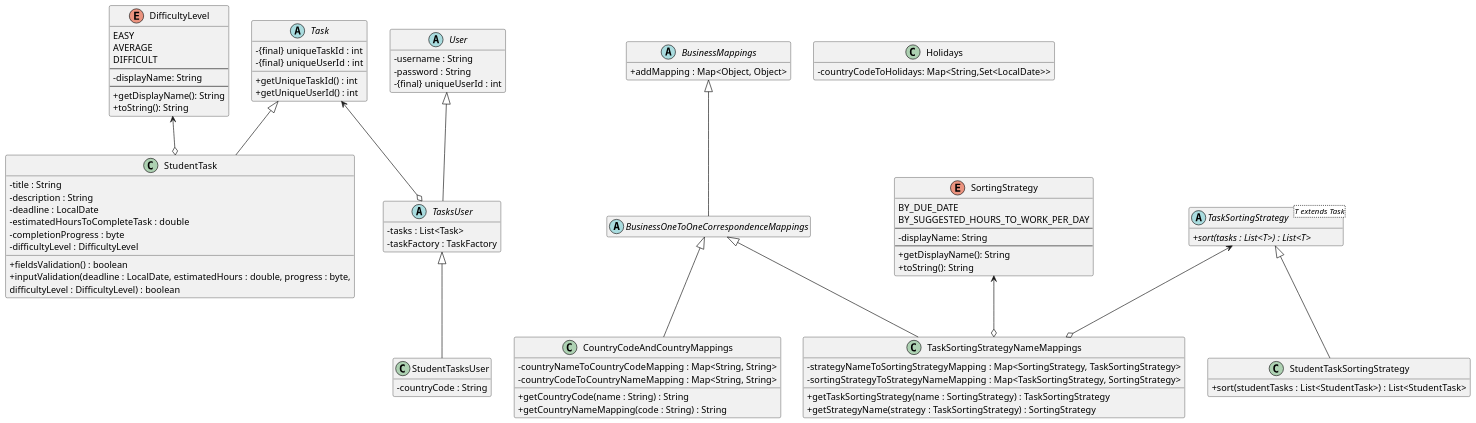
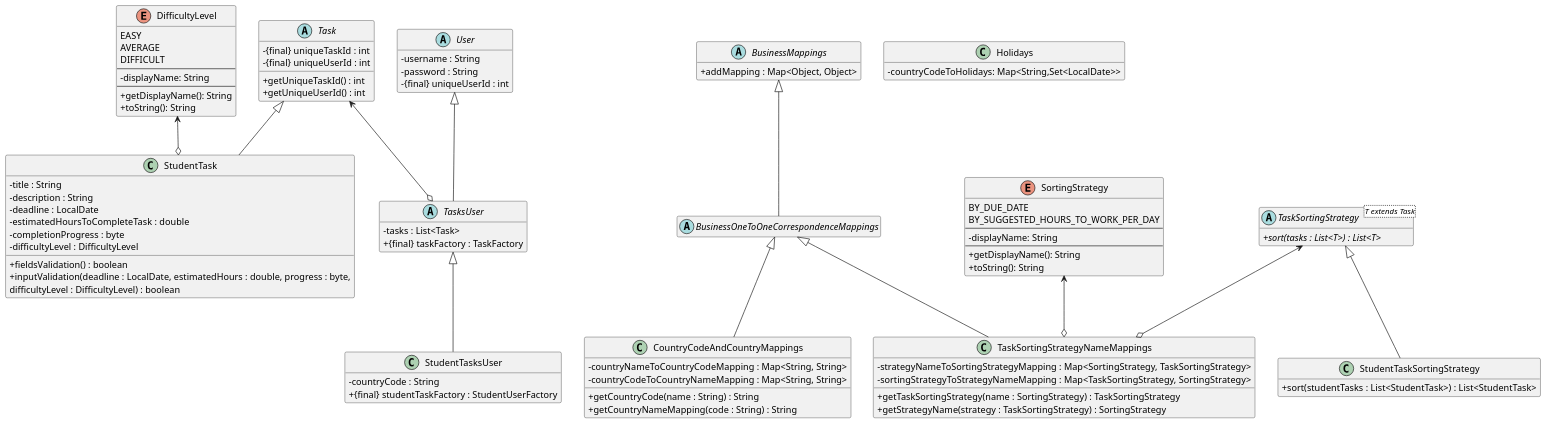
The first of 2 diagrams in Entities.puml (CSC207-2025F-UofT/team-project), drawn with PlantUML before and after one commit. The commit also changed other lines of this file, not shown here.

Commit message:
updated entity PlantUML diagram

```diff
--- a/Entities.puml
+++ b/Entities.puml
@@ -1,143 +1,144 @@
 @startuml
 'https://plantuml.com/class-diagram
 ' `..|>` represents Interface Realization/Implementation (dashed line with an open arrow).
 ' `--|>` represents Inheritance/Generalization (solid line with an open arrow).
 ' `o-->` represents Aggregation (a hollow diamond pointing to the owner/container). The "\*" indicates multiplicity (e.g., Drawing holds multiple Shape objects).
 skinparam dpi 120
 skinparam classAttributeIconSize 0
 hide empty members
 
 ' ========
 ' Foundational entities
 ' ========
 
 ' The enumeration here must be properly ordered
 enum DifficultyLevel {
   EASY
   AVERAGE
   DIFFICULT
   --
   -displayName: String
   --
   +getDisplayName(): String
   +toString(): String
 }
 
 enum SortingStrategy {
   BY_DUE_DATE
   BY_SUGGESTED_HOURS_TO_WORK_PER_DAY
   --
   -displayName: String
   --
   +getDisplayName(): String
   +toString(): String
 }
 
 abstract class BusinessMappings {
   + addMapping : Map<Object, Object>
 }
 
 ' Maps with keys and values being both one-to-one and onto
 abstract class BusinessOneToOneCorrespondenceMappings
 
 ' CA - Canada, US - USA, ET - Ethiopia, IN - India, FR - France, GH - Ghana
 class CountryCodeAndCountryMappings {
   - countryNameToCountryCodeMapping : Map<String, String>
   - countryCodeToCountryNameMapping : Map<String, String>
   + getCountryCode(name : String) : String
   + getCountryNameMapping(code : String) : String
 }
 
 class TaskSortingStrategyNameMappings {
  - strategyNameToSortingStrategyMapping : Map<SortingStrategy, TaskSortingStrategy>
  - sortingStrategyToStrategyNameMapping : Map<TaskSortingStrategy, SortingStrategy>
  + getTaskSortingStrategy(name : SortingStrategy) : TaskSortingStrategy
  + getStrategyName(strategy : TaskSortingStrategy) : SortingStrategy
 }
 
 ' The uniqueId is only unique per user
 ' The uniqueUserId reflects the user that owns the task
 abstract class Task {
   - {final} uniqueTaskId : int
   - {final} uniqueUserId : int
   + getUniqueTaskId() : int
   + getUniqueUserId() : int
 }
 
 ' The `fieldsValidation()` method checks the following in the fields of the StudentTask object:
 ' - The estimated number of hours needed to complete the task must be positive
 ' - The completion progress must be an integer between 0 and 100. Both 0 and 100 are allowed.
 ' - The `deadline` field cannot be empty, and it could be a date that has already passed.
 ' - The `uniqueUserId` field cannot be 0 (the default initializing value)
 ' - Neither the title nor the description can be null, although they can be empty string.
 ' - The difficulty level cannot be null
 ' The constructor of `StudentTask` should use the method `fieldsValidation()` to double-check the validity of the
 '     object created, and throw an error if the item is not valid.
 ' The setter of `StudentTask` should use the method `fieldsValidation()` to double-check the validity of the object
 '     before and after the fields are changed, and throw an error if the item is not valid.
 ' The `inputValidation()` method checks the following inputs, which may or may not be fields of the StudentTask object.
 '     This method would be used in the setter methods of the following fields, before the changes, to prevent illegal
 '     inputs from modifying these fields of the `StudentTask` object. In addition, this method can be used in the use
 '     cases to prevent user entering bad data, corrupting the `StudentTask`.
 ' - The `deadline`
 ' - The `estimated number of hours`
 ' - The `completion progress`
 ' - The `difficultyLevel`
 class StudentTask {
   - title : String
   - description : String
   - deadline : LocalDate
   - estimatedHoursToCompleteTask : double
   - completionProgress : byte
   - difficultyLevel : DifficultyLevel
   + fieldsValidation() : boolean
   + inputValidation(deadline : LocalDate, estimatedHours : double, progress : byte,
       difficultyLevel : DifficultyLevel) : boolean
 }
 
 abstract class User {
   - username : String
   - password : String
   - {final} uniqueUserId : int
 }
 
 abstract class TasksUser {
   - tasks : List<Task>
-  - taskFactory : TaskFactory
+  + {final} taskFactory : TaskFactory
 }
 
 class StudentTasksUser {
   - countryCode : String
+  + {final} studentTaskFactory : StudentUserFactory
 }
 
 abstract class TaskSortingStrategy<T extends Task> {
   + {abstract} sort(tasks : List<T>) : List<T>
 }
 
 class StudentTaskSortingStrategy {
   + sort(studentTasks : List<StudentTask>) : List<StudentTask>
 }
 
 ' Country code is in ISO 3166-1 alpha-2 code
 class Holidays {
   - countryCodeToHolidays: Map<String,Set<LocalDate>>
 }
 
 BusinessMappings <|-- BusinessOneToOneCorrespondenceMappings
 BusinessOneToOneCorrespondenceMappings <|-- CountryCodeAndCountryMappings
 BusinessOneToOneCorrespondenceMappings <|-- TaskSortingStrategyNameMappings
 
 Task <|-- StudentTask
 
 User <|-- TasksUser
 TasksUser <|-- StudentTasksUser
 
 Task <--o TasksUser
 
 TaskSortingStrategy <|-- StudentTaskSortingStrategy
 
 TaskSortingStrategy <--o TaskSortingStrategyNameMappings
 DifficultyLevel <--o StudentTask
 SortingStrategy <--o TaskSortingStrategyNameMappings
 
 @enduml
```
